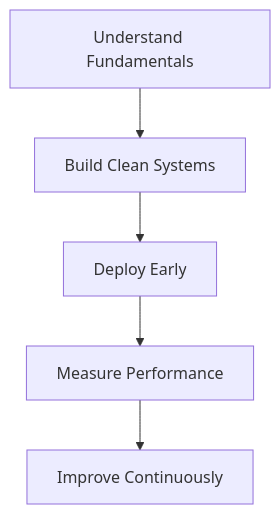
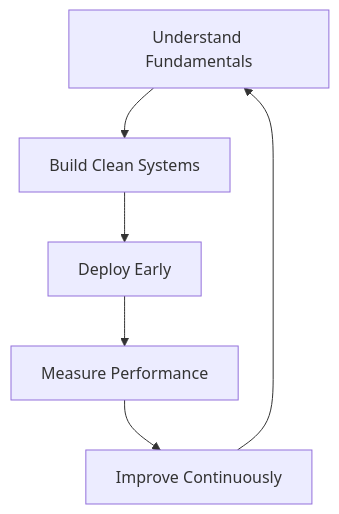
The diagram in README.md (git-tarik/git-tarik), drawn with Mermaid before and after one commit. The commit also changed other lines of this file, not shown here.

First line of the commit message:
Update README with cyclic reference in diagram

````diff
--- a/README.md
+++ b/README.md
@@ -131,13 +131,14 @@
 ```mermaid
 flowchart TD
     A["Understand Fundamentals"]
     B["Build Clean Systems"]
     C["Deploy Early"]
     D["Measure Performance"]
     E["Improve Continuously"]
 
     A --> B
     B --> C
     C --> D
     D --> E
+    E --> A
 ```
````
